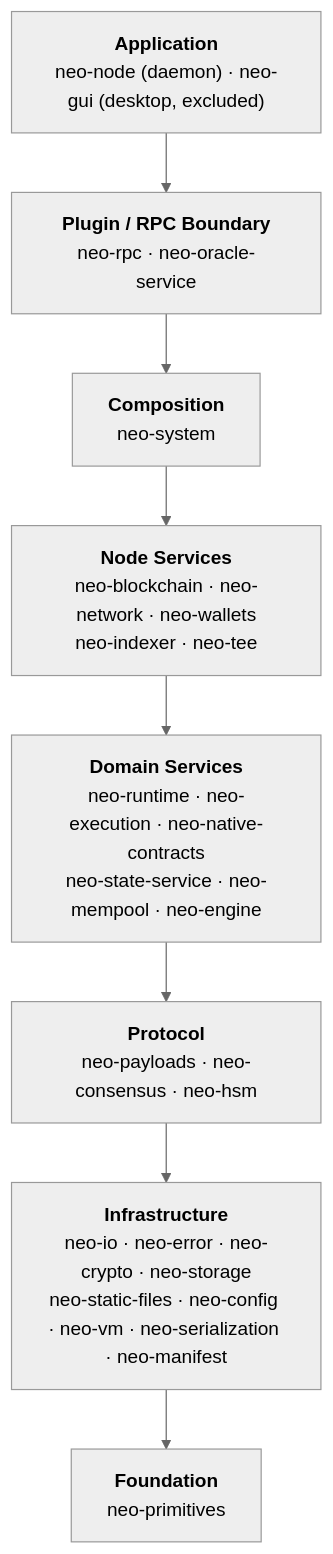
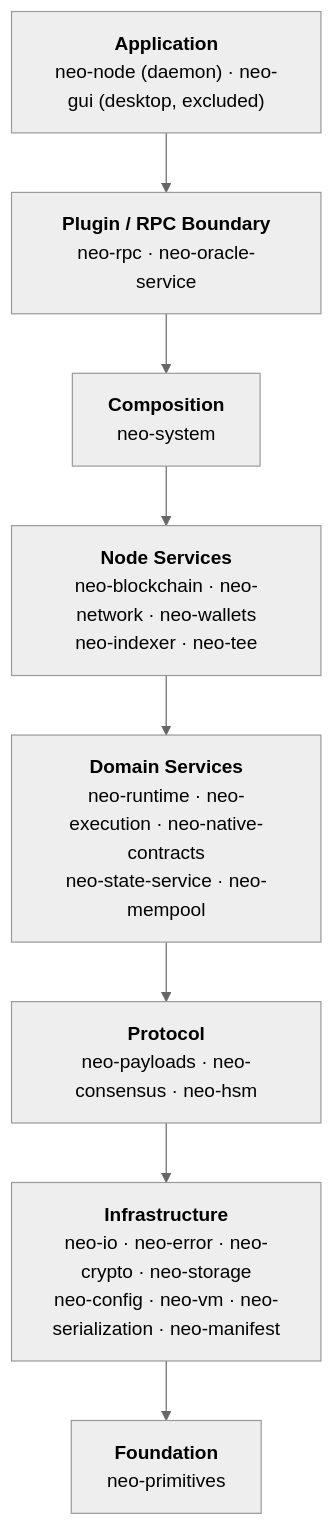
One commit to r3e-network/neo-rs changed the diagram in README.md. Above: the diagram before and after it, drawn with Mermaid (neutral theme). The commit also changed other lines of this file and 3 other files, not shown here.

First line of the commit message:
Phase 5 docs: reconcile architecture/README/STATE/overview to ADR-027..032

````diff
--- a/README.md
+++ b/README.md
@@ -54,12 +54,12 @@
 ```mermaid
 flowchart TD
     APP["<b>Application</b><br/>neo-node (daemon) · neo-gui (desktop, excluded)"]
     PLUG["<b>Plugin / RPC Boundary</b><br/>neo-rpc · neo-oracle-service"]
     COMP["<b>Composition</b><br/>neo-system"]
     NODE["<b>Node Services</b><br/>neo-blockchain · neo-network · neo-wallets<br/>neo-indexer · neo-tee"]
-    DOM["<b>Domain Services</b><br/>neo-runtime · neo-execution · neo-native-contracts<br/>neo-state-service · neo-mempool · neo-engine"]
+    DOM["<b>Domain Services</b><br/>neo-runtime · neo-execution · neo-native-contracts<br/>neo-state-service · neo-mempool"]
     PROTO["<b>Protocol</b><br/>neo-payloads · neo-consensus · neo-hsm"]
-    INF["<b>Infrastructure</b><br/>neo-io · neo-error · neo-crypto · neo-storage<br/>neo-static-files · neo-config · neo-vm · neo-serialization · neo-manifest"]
+    INF["<b>Infrastructure</b><br/>neo-io · neo-error · neo-crypto · neo-storage<br/>neo-config · neo-vm · neo-serialization · neo-manifest"]
     FND["<b>Foundation</b><br/>neo-primitives"]
     APP --> PLUG --> COMP --> NODE --> DOM --> PROTO --> INF --> FND
 ```
````
